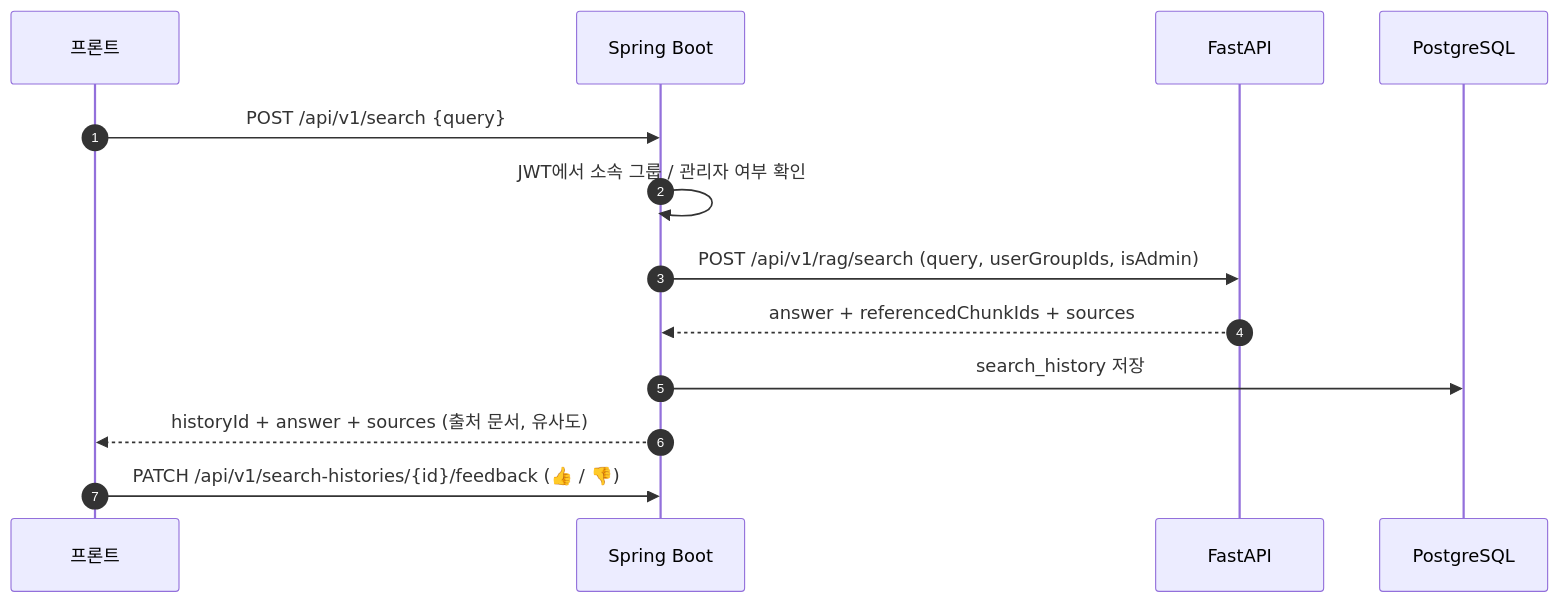
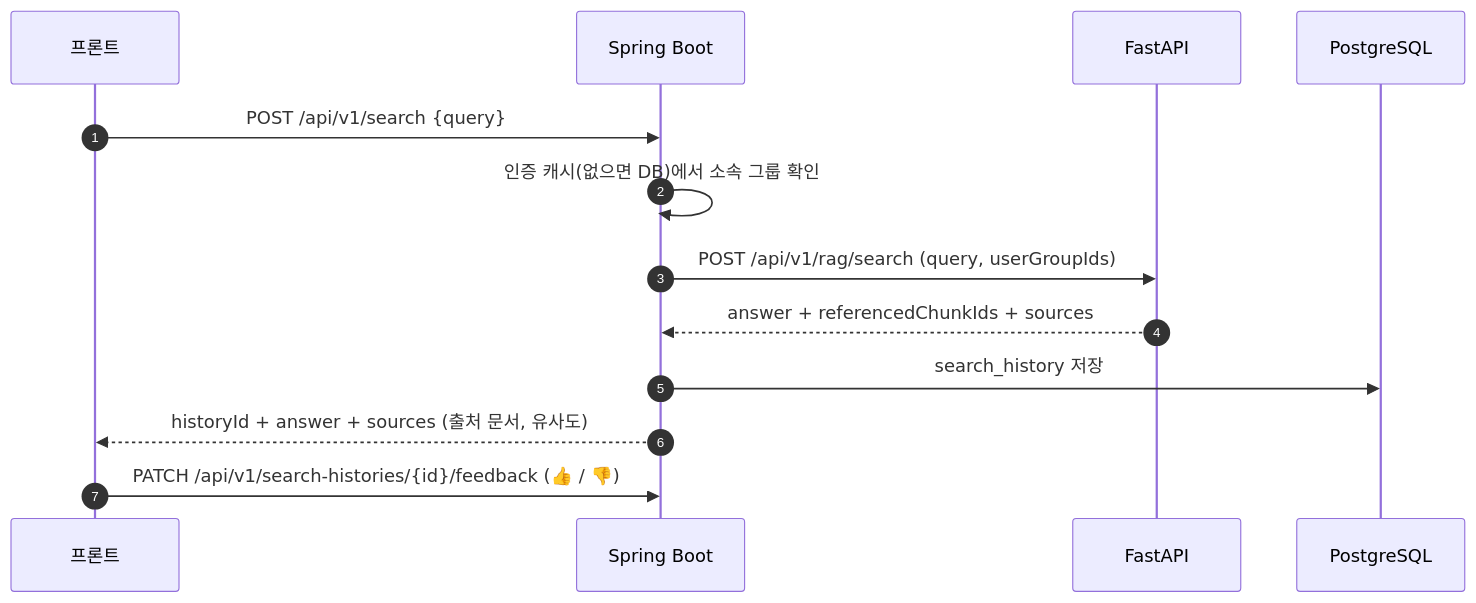
Before and after one commit to well0924/rag_wiki_project_backend: the fifth of 7 diagrams in README.md, drawn with Mermaid. The commit also changed other lines of this file and 19 other files, not shown here.

````diff
--- a/README.md
+++ b/README.md
@@ -190,16 +190,16 @@
 ```mermaid
 sequenceDiagram
     autonumber
     participant FE as 프론트
     participant SB as Spring Boot
     participant AI as FastAPI
     participant DB as PostgreSQL
 
     FE->>SB: POST /api/v1/search {query}
-    SB->>SB: JWT에서 소속 그룹 / 관리자 여부 확인
-    SB->>AI: POST /api/v1/rag/search (query, userGroupIds, isAdmin)
+    SB->>SB: 인증 캐시(없으면 DB)에서 소속 그룹 확인
+    SB->>AI: POST /api/v1/rag/search (query, userGroupIds)
     AI-->>SB: answer + referencedChunkIds + sources
     SB->>DB: search_history 저장
     SB-->>FE: historyId + answer + sources (출처 문서, 유사도)
     FE->>SB: PATCH /api/v1/search-histories/{id}/feedback (👍 / 👎)
 ```
````
